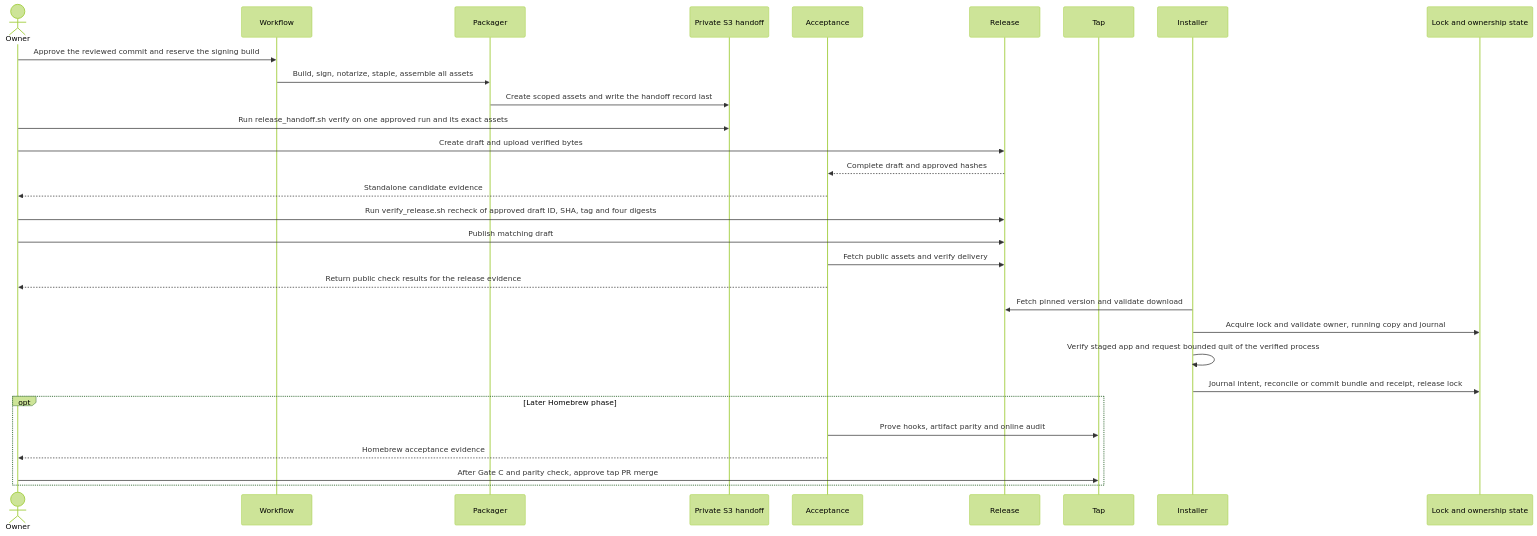
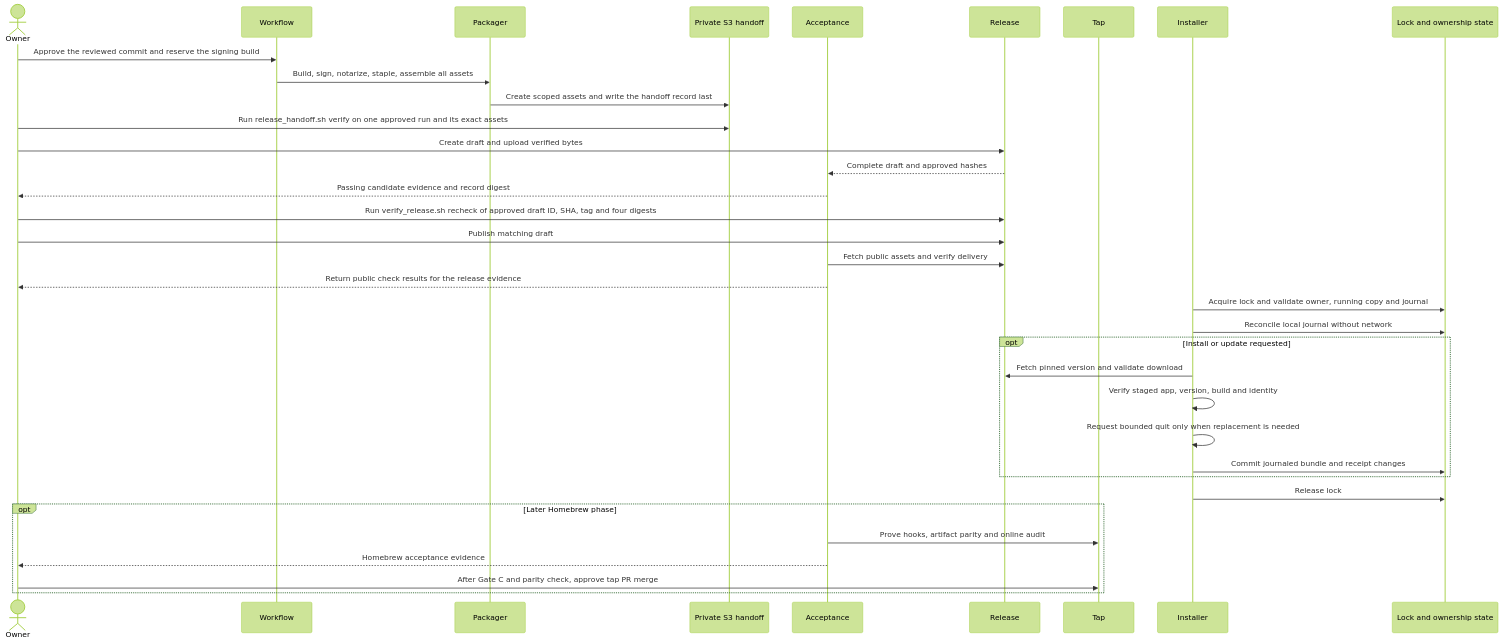
Before and after one commit to pipecat-ai/pipecat-service-toolbar: the second of 2 diagrams in docs/plans/20261117-feature-app-distribution.md, drawn with Mermaid (forest theme). The commit also changed other lines of this file, not shown here.

````diff
--- a/docs/plans/20261117-feature-app-distribution.md
+++ b/docs/plans/20261117-feature-app-distribution.md
@@ -857,32 +911,37 @@
 ```mermaid
 sequenceDiagram
     actor Owner
     participant Workflow
     participant Packager
     participant Store as Private S3 handoff
     participant Acceptance
     participant Release
     participant Tap
     participant Installer
     participant State as Lock and ownership state
     Owner->>Workflow: Approve the reviewed commit and reserve the signing build
     Workflow->>Packager: Build, sign, notarize, staple, assemble all assets
     Packager->>Store: Create scoped assets and write the handoff record last
     Owner->>Store: Run release_handoff.sh verify on one approved run and its exact assets
     Owner->>Release: Create draft and upload verified bytes
     Release-->>Acceptance: Complete draft and approved hashes
-    Acceptance-->>Owner: Standalone candidate evidence
+    Acceptance-->>Owner: Passing candidate evidence and record digest
     Owner->>Release: Run verify_release.sh recheck of approved draft ID, SHA, tag and four digests
     Owner->>Release: Publish matching draft
     Acceptance->>Release: Fetch public assets and verify delivery
     Acceptance-->>Owner: Return public check results for the release evidence
-    Installer->>Release: Fetch pinned version and validate download
     Installer->>State: Acquire lock and validate owner, running copy and journal
-    Installer->>Installer: Verify staged app and request bounded quit of the verified process
-    Installer->>State: Journal intent, reconcile or commit bundle and receipt, release lock
+    Installer->>State: Reconcile local journal without network
+    opt Install or update requested
+        Installer->>Release: Fetch pinned version and validate download
+        Installer->>Installer: Verify staged app, version, build and identity
+        Installer->>Installer: Request bounded quit only when replacement is needed
+        Installer->>State: Commit journaled bundle and receipt changes
+    end
+    Installer->>State: Release lock
     opt Later Homebrew phase
         Acceptance->>Tap: Prove hooks, artifact parity and online audit
         Acceptance-->>Owner: Homebrew acceptance evidence
         Owner->>Tap: After Gate C and parity check, approve tap PR merge
     end
 ```
````
